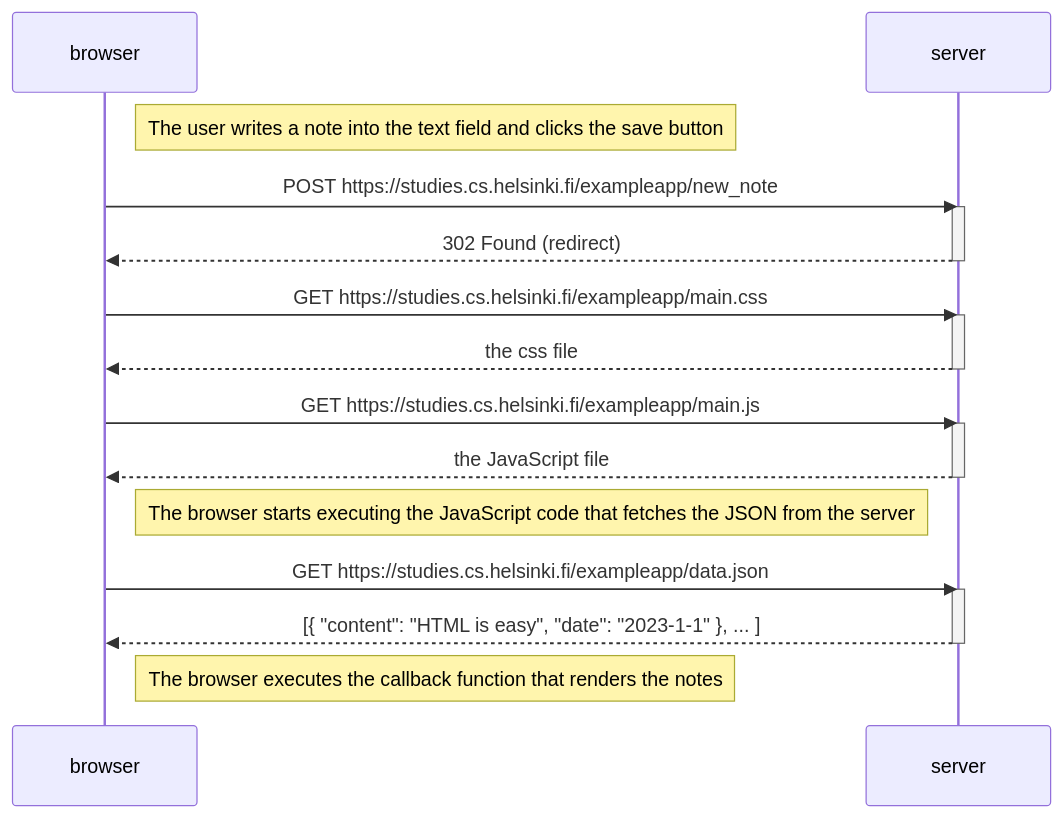
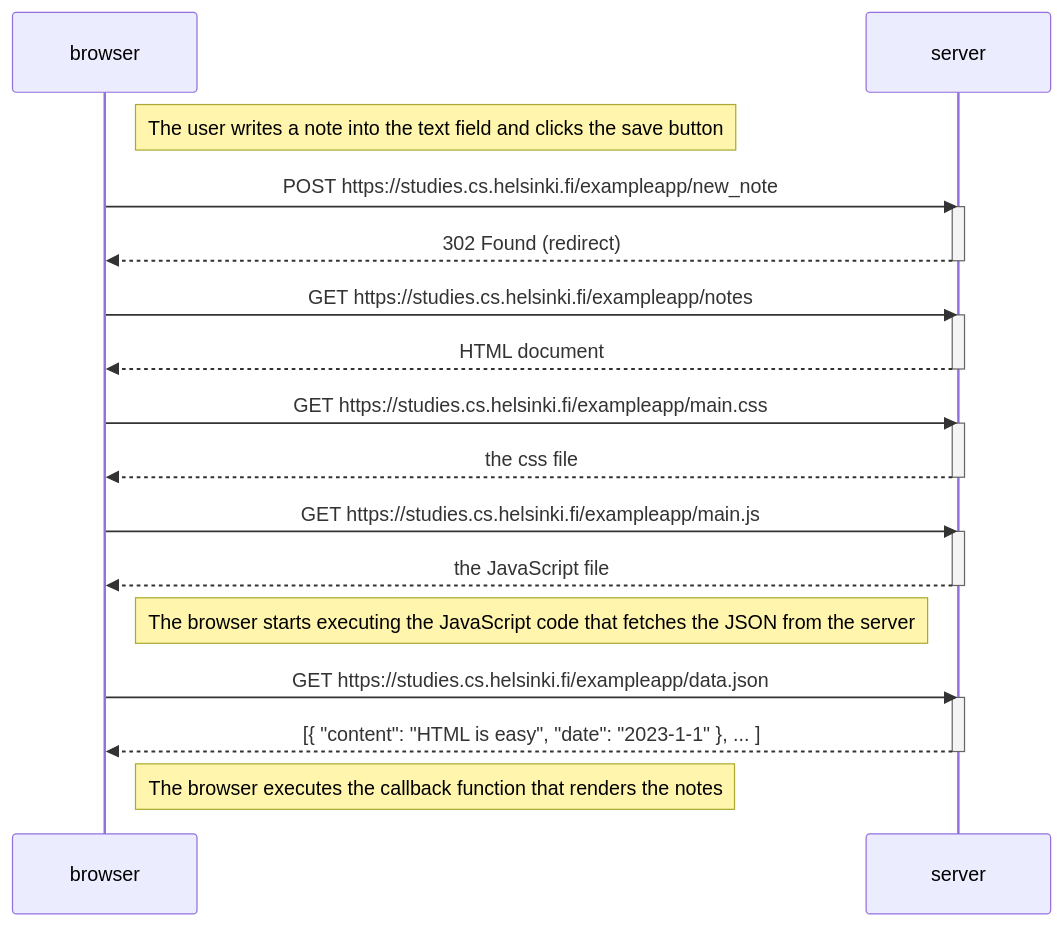
The diagram in part0/newNoteDiagram.md (victorlaitila/fullstack-open), drawn with Mermaid before and after one commit.

Commit message:
New note diagram addition

````diff
--- a/part0/newNoteDiagram.md
+++ b/part0/newNoteDiagram.md
@@ -1,31 +1,36 @@
 ```mermaid
 sequenceDiagram
     participant browser
     participant server
 
     Note right of browser: The user writes a note into the text field and clicks the save button
 
     browser->>server: POST https://studies.cs.helsinki.fi/exampleapp/new_note
     activate server
     server-->>browser: 302 Found (redirect)
+    deactivate server
+
+    browser->>server: GET https://studies.cs.helsinki.fi/exampleapp/notes
+    activate server
+    server-->>browser: HTML document
     deactivate server
 
     browser->>server: GET https://studies.cs.helsinki.fi/exampleapp/main.css
     activate server
     server-->>browser: the css file
     deactivate server
 
     browser->>server: GET https://studies.cs.helsinki.fi/exampleapp/main.js
     activate server
     server-->>browser: the JavaScript file
     deactivate server
 
     Note right of browser: The browser starts executing the JavaScript code that fetches the JSON from the server
 
     browser->>server: GET https://studies.cs.helsinki.fi/exampleapp/data.json
     activate server
     server-->>browser: [{ "content": "HTML is easy", "date": "2023-1-1" }, ... ]
     deactivate server
 
     Note right of browser: The browser executes the callback function that renders the notes
 ```
````
